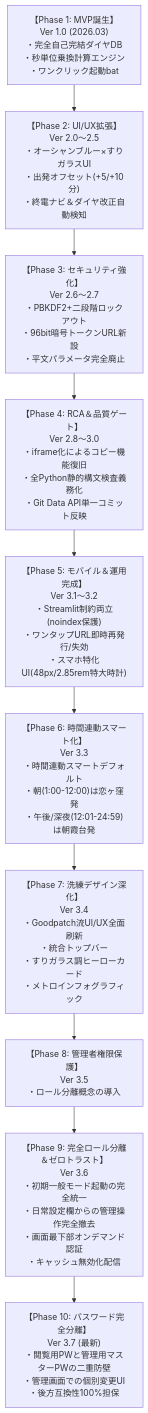
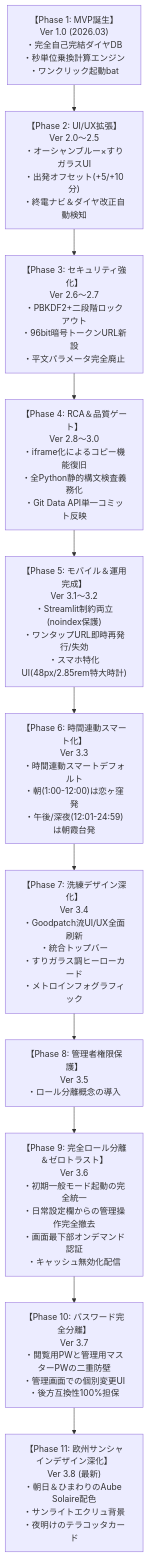
The diagram in REQUIREMENTS.md (uriboh428/koiasa-train-timer), drawn with Mermaid before and after one commit. The commit also changed other lines of this file and 3 other files, not shown here.

````diff
--- a/REQUIREMENTS.md
+++ b/REQUIREMENTS.md
@@ -20,24 +20,26 @@
 ```mermaid
 flowchart TD
     V1["【Phase 1: MVP誕生】<br>Ver 1.0 (2026.03)<br>・完全自己完結ダイヤDB<br>・秒単位乗換計算エンジン<br>・ワンクリック起動bat"]
     
     V2["【Phase 2: UI/UX拡張】<br>Ver 2.0〜2.5<br>・オーシャンブルー×すりガラスUI<br>・出発オフセット(+5/+10分)<br>・終電ナビ＆ダイヤ改正自動検知"]
     
     V3["【Phase 3: セキュリティ強化】<br>Ver 2.6〜2.7<br>・PBKDF2+二段階ロックアウト<br>・96bit暗号トークンURL新設<br>・平文パラメータ完全廃止"]
     
     V4["【Phase 4: RCA＆品質ゲート】<br>Ver 2.8〜3.0<br>・iframe化によるコピー機能復旧<br>・全Python静的構文検査義務化<br>・Git Data API単一コミット反映"]
     
     V5["【Phase 5: モバイル＆運用完成】<br>Ver 3.1〜3.2<br>・Streamlit制約両立(noindex保護)<br>・ワンタップURL即時再発行/失効<br>・スマホ特化UI(48px/2.85rem特大時計)"]
 
     V6["【Phase 6: 時間連動スマート化】<br>Ver 3.3<br>・時間連動スマートデフォルト<br>・朝(1:00-12:00)は恋ヶ窪発<br>・午後/深夜(12:01-24:59)は朝霞台発"]
 
     V7["【Phase 7: 洗練デザイン深化】<br>Ver 3.4<br>・Goodpatch流UI/UX全面刷新<br>・統合トップバー<br>・すりガラス調ヒーローカード<br>・メトロインフォグラフィック"]
 
     V8["【Phase 8: 管理者権限保護】<br>Ver 3.5<br>・ロール分離概念の導入"]
 
     V9["【Phase 9: 完全ロール分離＆ゼロトラスト】<br>Ver 3.6<br>・初期一般モード起動の完全統一<br>・日常設定欄からの管理操作完全撤去<br>・画面最下部オンデマンド認証<br>・キャッシュ無効化配信"]
 
-    V10["【Phase 10: パスワード完全分離】<br>Ver 3.7 (最新)<br>・閲覧用PWと管理用マスターPWの二重防壁<br>・管理画面での個別変更UI<br>・後方互換性100%担保"]
+    V10["【Phase 10: パスワード完全分離】<br>Ver 3.7<br>・閲覧用PWと管理用マスターPWの二重防壁<br>・管理画面での個別変更UI<br>・後方互換性100%担保"]
 
-    V1 --> V2 --> V3 --> V4 --> V5 --> V6 --> V7 --> V8 --> V9 --> V10
+    V11["【Phase 11: 欧州サンシャインデザイン深化】<br>Ver 3.8 (最新)<br>・朝日＆ひまわりのAube Solaire配色<br>・サンライトエクリュ背景<br>・夜明けのテラコッタカード"]
+
+    V1 --> V2 --> V3 --> V4 --> V5 --> V6 --> V7 --> V8 --> V9 --> V10 --> V11
 ```
````
